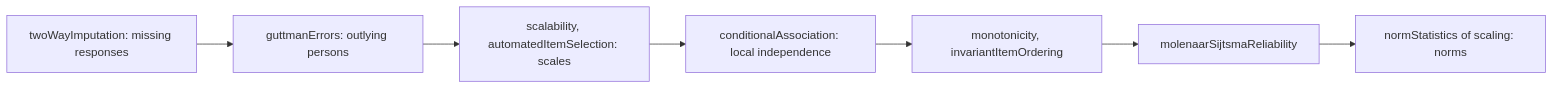
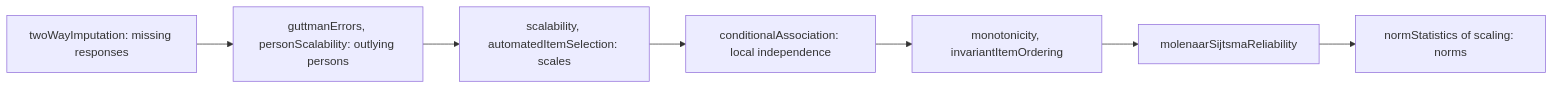
The first of 2 diagrams in docs/psychometrics/mokken.md (measurekit/measurekit), drawn with Mermaid before and after one commit. The commit also changed other lines of this file and 16 other files, not shown here.

First line of the commit message:
Add personScalability and correctedPersonFit: normed G, U3, Ht and Snijders' lz*, against PerFit and base R where PerFit rounds, ties or skips

````diff
--- a/docs/psychometrics/mokken.md
+++ b/docs/psychometrics/mokken.md
@@ -11,9 +11,9 @@
 ```mermaid
 flowchart LR
-  I["twoWayImputation: missing responses"] --> E["guttmanErrors: outlying persons"]
+  I["twoWayImputation: missing responses"] --> E["guttmanErrors, personScalability: outlying persons"]
   E --> H["scalability, automatedItemSelection: scales"]
   H --> C["conditionalAssociation: local independence"]
   C --> M["monotonicity, invariantItemOrdering"]
   M --> R["molenaarSijtsmaReliability"]
   R --> N["normStatistics of scaling: norms"]
 ```
````
